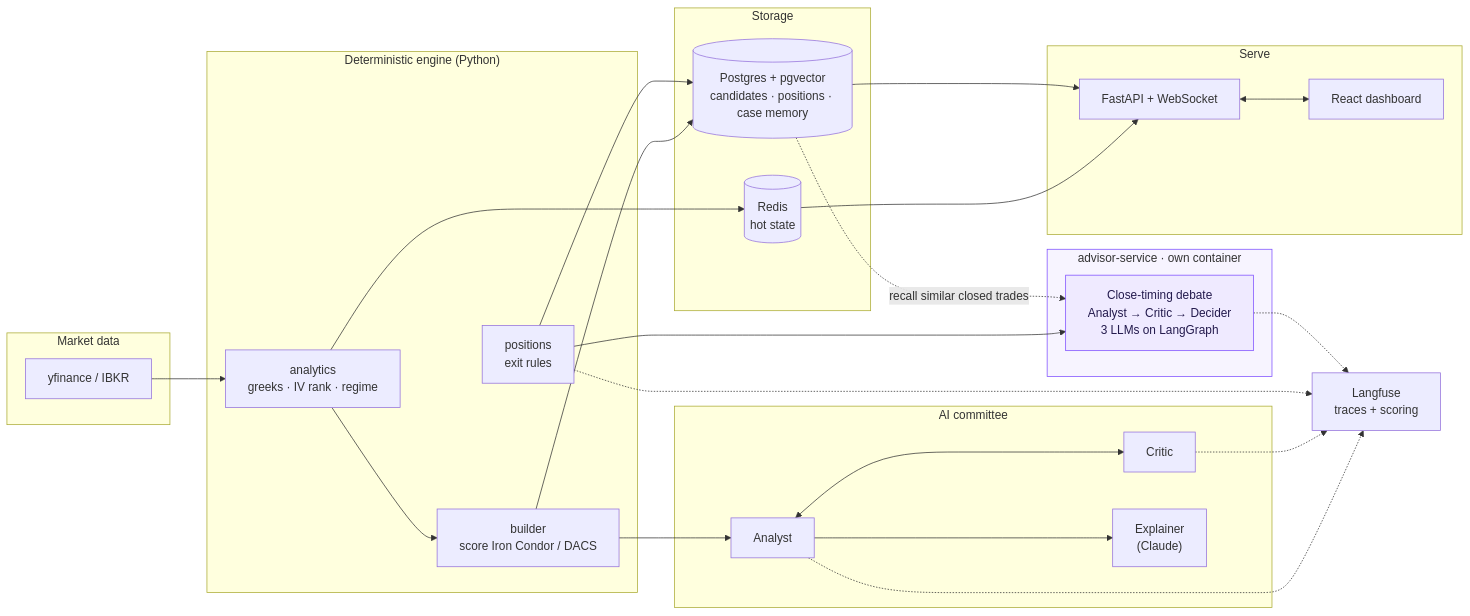
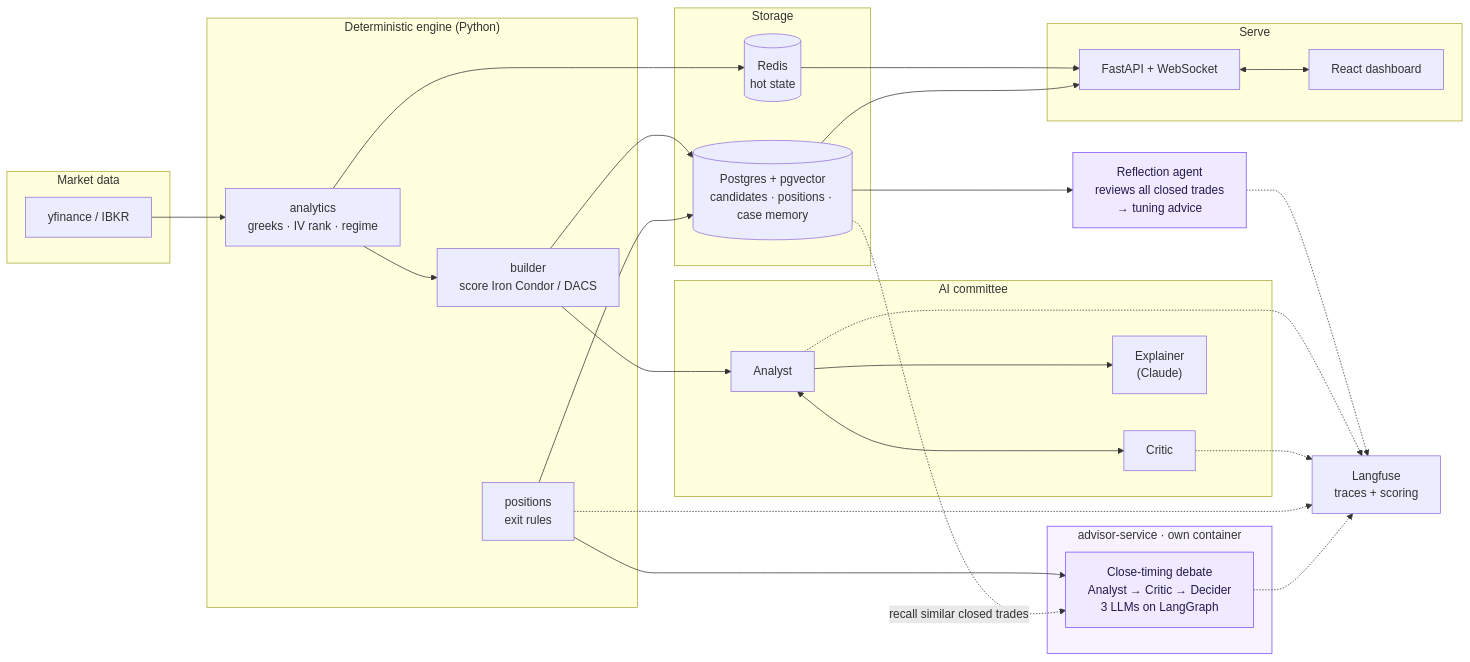
The first of 6 diagrams in README.md (adielsh/Paz-Rav), drawn with Mermaid before and after one commit. The commit also changed other lines of this file and 10 other files, not shown here.

````diff
--- a/README.md
+++ b/README.md
@@ -23,48 +23,51 @@
 ```mermaid
 flowchart LR
     subgraph Data["Market data"]
         FEED["yfinance / IBKR"]
     end
     subgraph Engine["Deterministic engine (Python)"]
         ANALYTICS["analytics<br/>greeks · IV rank · regime"]
         BUILDER["builder<br/>score Iron Condor / DACS"]
         POSITIONS["positions<br/>exit rules"]
     end
     subgraph AI["AI committee"]
         ANALYST["Analyst"]
         CRITIC["Critic"]
         EXPLAINER["Explainer<br/>(Claude)"]
     end
     subgraph CLOSE["advisor-service · own container"]
         CA["Close-timing debate<br/>Analyst → Critic → Decider<br/>3 LLMs on LangGraph"]
     end
+    REFLECT["Reflection agent<br/>reviews all closed trades<br/>→ tuning advice"]
     subgraph Store["Storage"]
         REDIS[("Redis<br/>hot state")]
         PG[("Postgres + pgvector<br/>candidates · positions · case memory")]
     end
     LF["Langfuse<br/>traces + scoring"]
     subgraph Serve["Serve"]
         API["FastAPI + WebSocket"]
         WEB["React dashboard"]
     end
 
     FEED --> ANALYTICS --> BUILDER --> ANALYST
     ANALYST <--> CRITIC
     ANALYST --> EXPLAINER
     ANALYTICS --> REDIS
     BUILDER --> PG
     POSITIONS --> PG
     POSITIONS --> CA
     PG -.recall similar closed trades.-> CA
+    PG --> REFLECT
+    REFLECT -.-> LF
     ANALYST -.-> LF
     CRITIC -.-> LF
     POSITIONS -.-> LF
     CA -.-> LF
     REDIS --> API
     PG --> API
     API <--> WEB
 
     classDef llm fill:#efeaff,stroke:#7c4dff,color:#231a4d;
-    class CA llm;
+    class CA,REFLECT llm;
     style CLOSE fill:#f7f4ff,stroke:#7c4dff;
 ```
````
